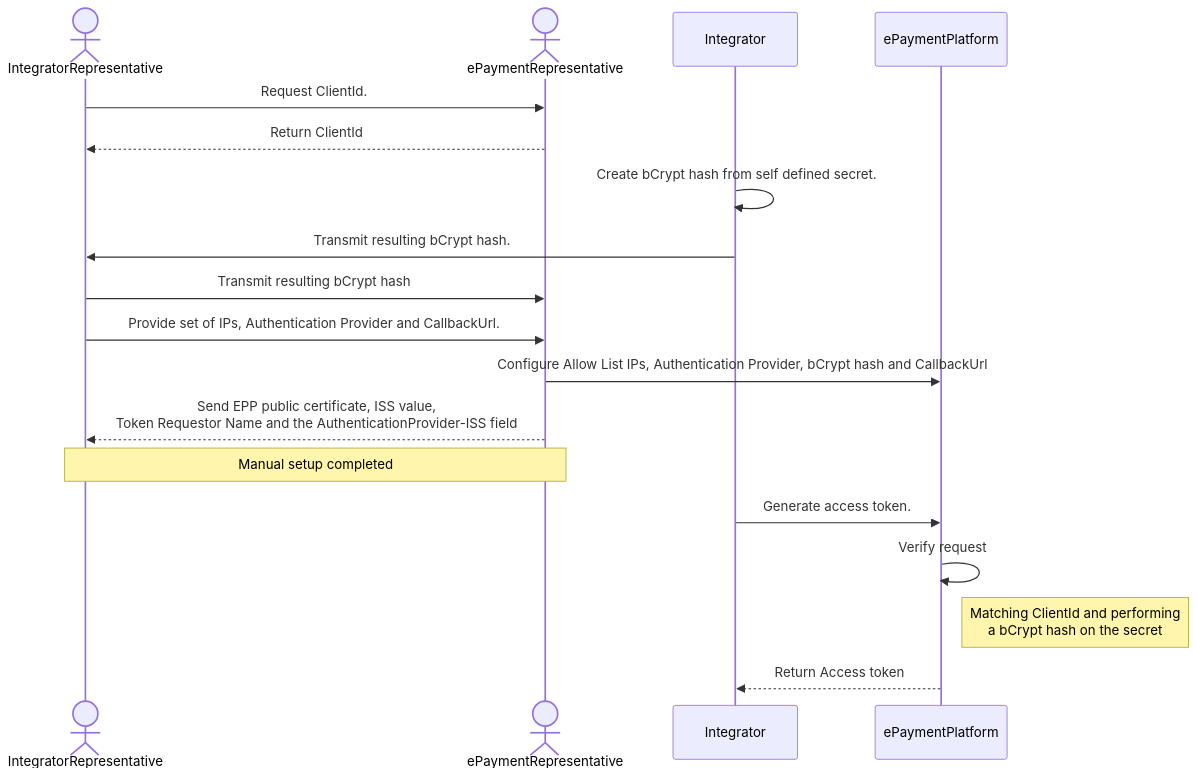
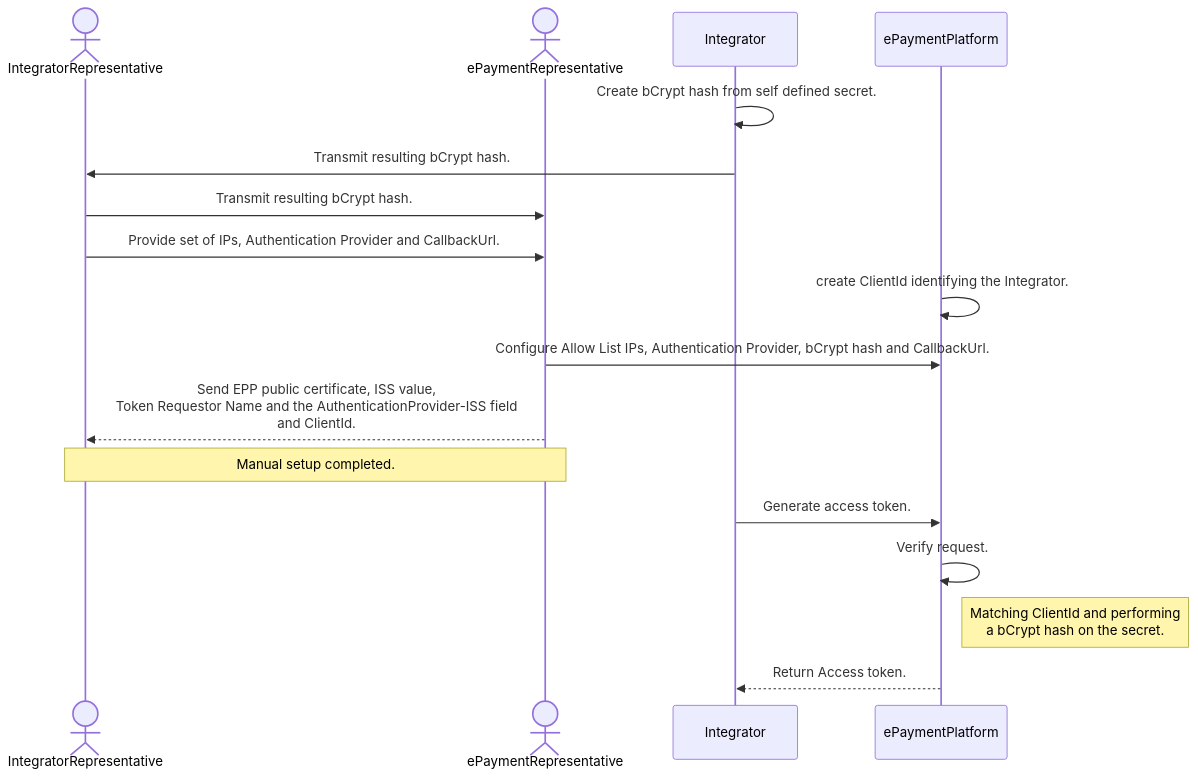
Before and after one commit to BankAxept/bankaxept-epayment-development-kit: the diagram in docs/getting_started.md, drawn with Mermaid. The commit also changed other lines of this file and 3 other files, not shown here.

````diff
--- a/docs/getting_started.md
+++ b/docs/getting_started.md
@@ -58,25 +59,23 @@
 ```mermaid
 sequenceDiagram
     actor IntegratorRepresentative
     actor ePaymentRepresentative
     participant Integrator
     participant ePaymentPlatform
 
-    IntegratorRepresentative ->> ePaymentRepresentative: Request ClientId.
-    ePaymentRepresentative -->> IntegratorRepresentative: Return ClientId
-
     Integrator ->> Integrator: Create bCrypt hash from self defined secret.
     Integrator ->> IntegratorRepresentative: Transmit resulting bCrypt hash.
-    IntegratorRepresentative ->> ePaymentRepresentative: Transmit resulting bCrypt hash
+    IntegratorRepresentative ->> ePaymentRepresentative: Transmit resulting bCrypt hash.
 
     IntegratorRepresentative ->> ePaymentRepresentative: Provide set of IPs, Authentication Provider and CallbackUrl.
-    ePaymentRepresentative ->> ePaymentPlatform: Configure Allow List IPs, Authentication Provider, bCrypt hash and CallbackUrl
-    ePaymentRepresentative -->> IntegratorRepresentative: Send EPP public certificate, ISS value, <br/> Token Requestor Name and the AuthenticationProvider-ISS field
+    ePaymentPlatform ->> ePaymentPlatform: create ClientId identifying the Integrator.
+    ePaymentRepresentative ->> ePaymentPlatform: Configure Allow List IPs, Authentication Provider, bCrypt hash and CallbackUrl.
+    ePaymentRepresentative -->> IntegratorRepresentative: Send EPP public certificate, ISS value, <br/> Token Requestor Name and the AuthenticationProvider-ISS field <br/> and ClientId.
 
-    Note over IntegratorRepresentative,ePaymentRepresentative: Manual setup completed
+    Note over IntegratorRepresentative,ePaymentRepresentative: Manual setup completed.
 
     Integrator ->> ePaymentPlatform: Generate access token.
-    ePaymentPlatform ->> ePaymentPlatform: Verify request
-    Note right of ePaymentPlatform: Matching ClientId and performing <br/> a bCrypt hash on the secret
-    ePaymentPlatform -->> Integrator: Return Access token
+    ePaymentPlatform ->> ePaymentPlatform: Verify request.
+    Note right of ePaymentPlatform: Matching ClientId and performing <br/> a bCrypt hash on the secret.
+    ePaymentPlatform -->> Integrator: Return Access token.
 ```
````
